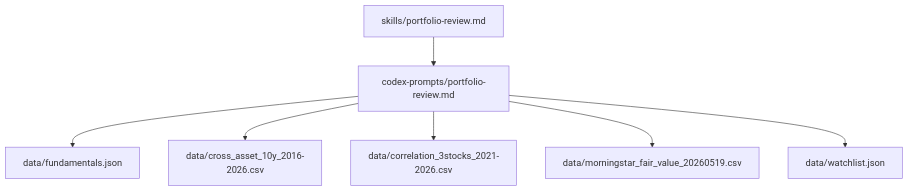
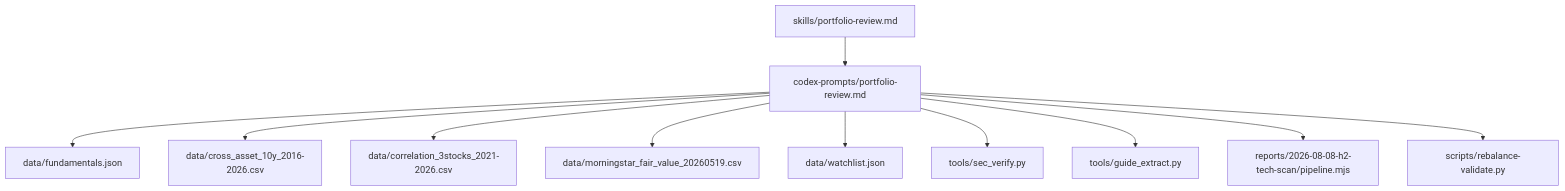
Before and after one commit to Ted-Engineer/ai-berkshire: the tenth of 10 diagrams in .qoder/repowiki/zh/content/AI技能系统/核心投资研究技能/投资组合审查技能.md, drawn with Mermaid. The commit also changed other lines of this file and 76 other files, not shown here.

````diff
--- a/.qoder/repowiki/zh/content/AI技能系统/核心投资研究技能/投资组合审查技能.md
+++ b/.qoder/repowiki/zh/content/AI技能系统/核心投资研究技能/投资组合审查技能.md
@@ -305,9 +371,13 @@
 ```mermaid
 graph TB
 S["skills/portfolio-review.md"] --> P["codex-prompts/portfolio-review.md"]
 P --> F["data/fundamentals.json"]
 P --> CA["data/cross_asset_10y_2016-2026.csv"]
 P --> CR["data/correlation_3stocks_2021-2026.csv"]
 P --> MV["data/morningstar_fair_value_20260519.csv"]
 P --> WL["data/watchlist.json"]
+P --> SV["tools/sec_verify.py"]
+P --> GE["tools/guide_extract.py"]
+P --> PM["reports/2026-08-08-h2-tech-scan/pipeline.mjs"]
+P --> RV["scripts/rebalance-validate.py"]
 ```
````
